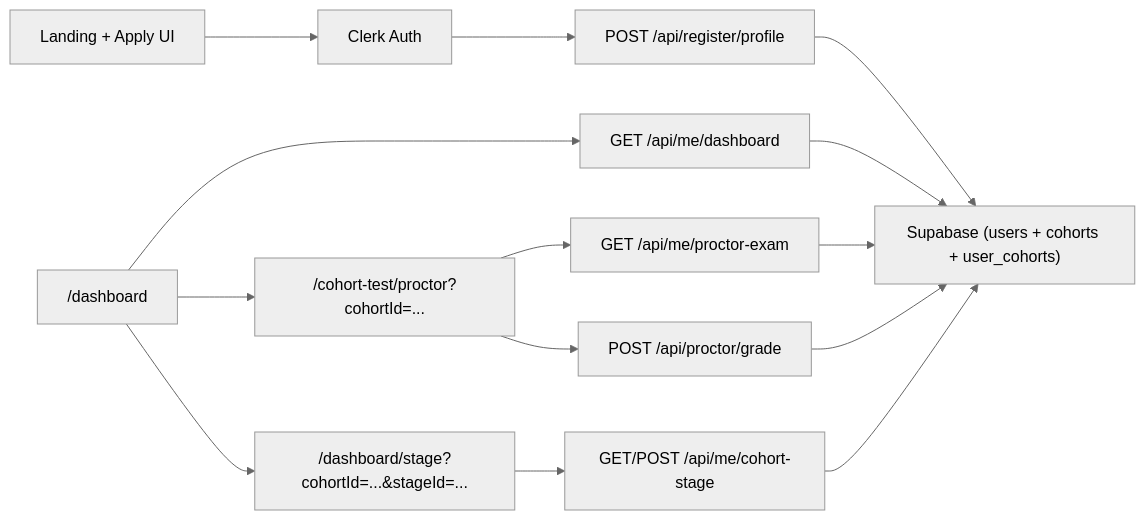
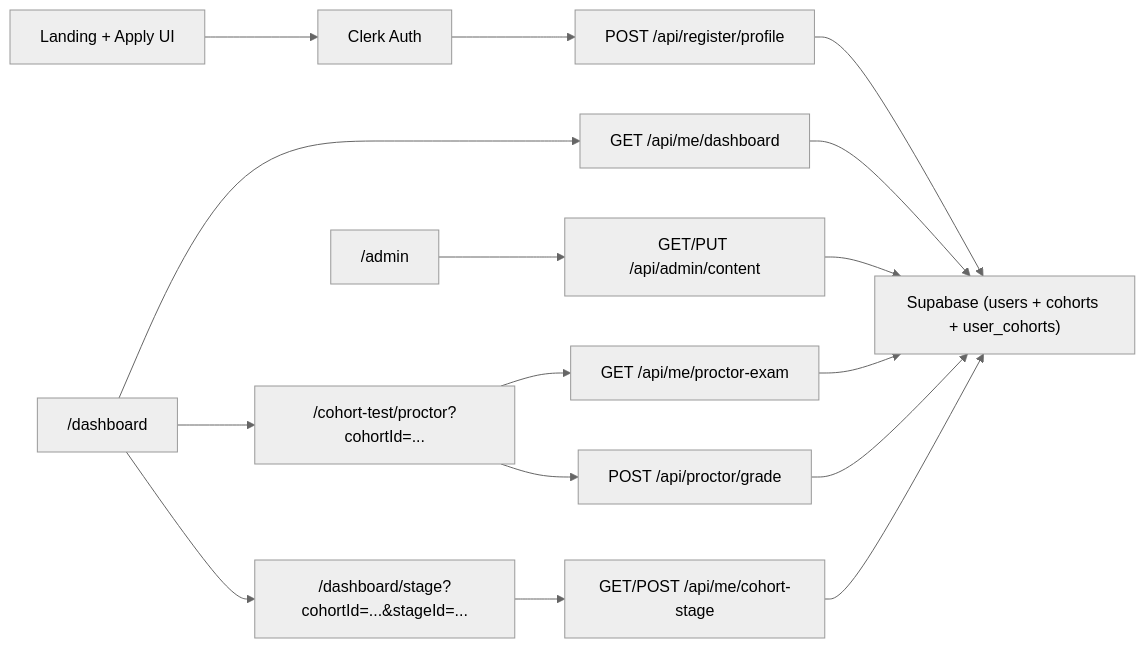
One commit to optern2025/OptCamp changed the diagram in README.md. Above: the diagram before and after it, drawn with Mermaid (neutral theme). The commit also changed other lines of this file and 16 other files, not shown here.

Commit message:
Add cohort content admin studio and richer assessments

````diff
--- a/README.md
+++ b/README.md
@@ -22,16 +24,18 @@
 ```mermaid
 flowchart LR
   A["Landing + Apply UI"] --> B["Clerk Auth"]
   B --> C["POST /api/register/profile"]
   C --> D["Supabase (users + cohorts + user_cohorts)"]
   E["/dashboard"] --> F["GET /api/me/dashboard"]
   F --> D
+  L["/admin"] --> M["GET/PUT /api/admin/content"]
+  M --> D
   E --> G["/cohort-test/proctor?cohortId=..."]
   G --> H["GET /api/me/proctor-exam"]
   H --> D
   G --> I["POST /api/proctor/grade"]
   I --> D
   E --> J["/dashboard/stage?cohortId=...&stageId=..."]
   J --> K["GET/POST /api/me/cohort-stage"]
   K --> D
 ```
````
